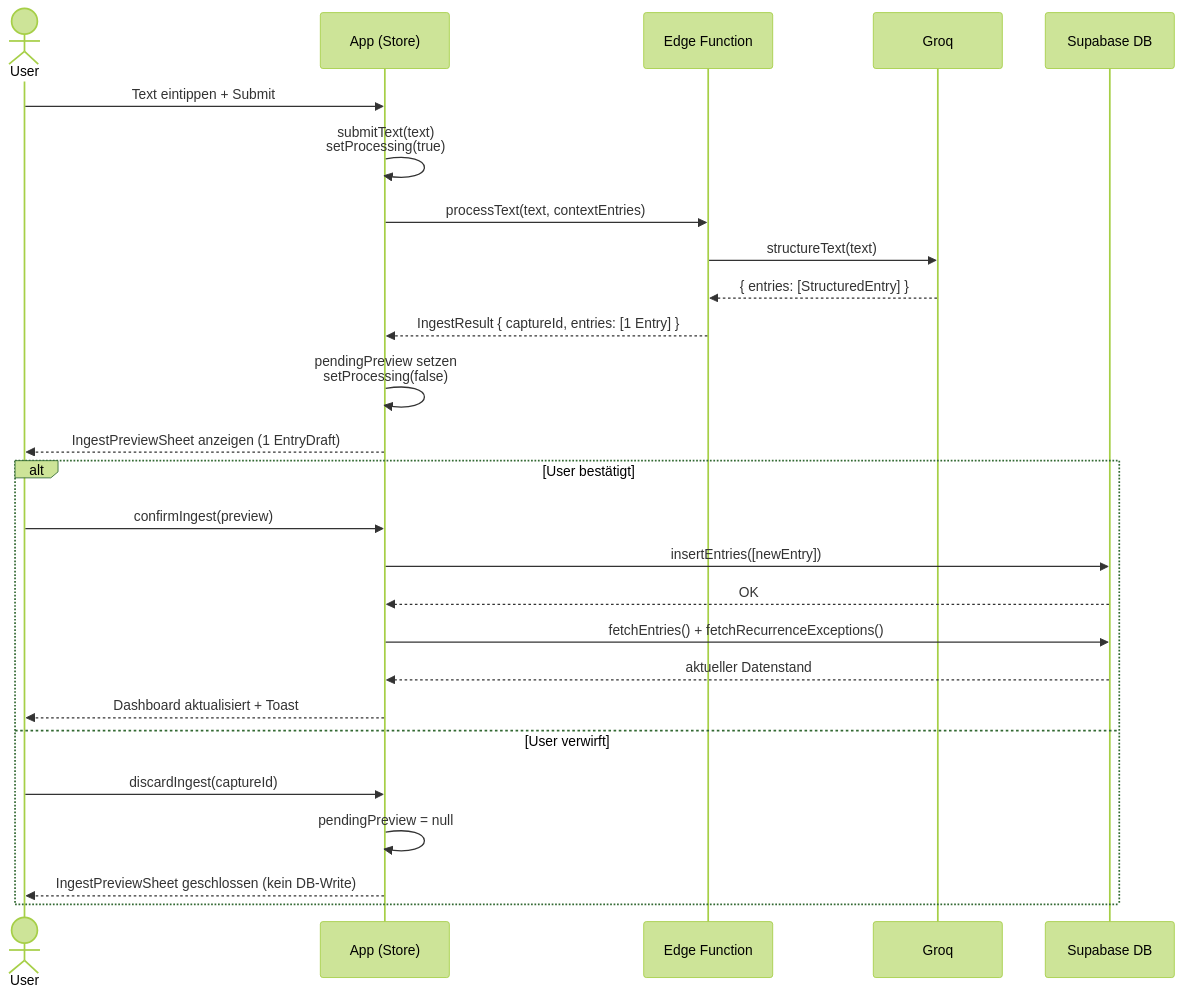
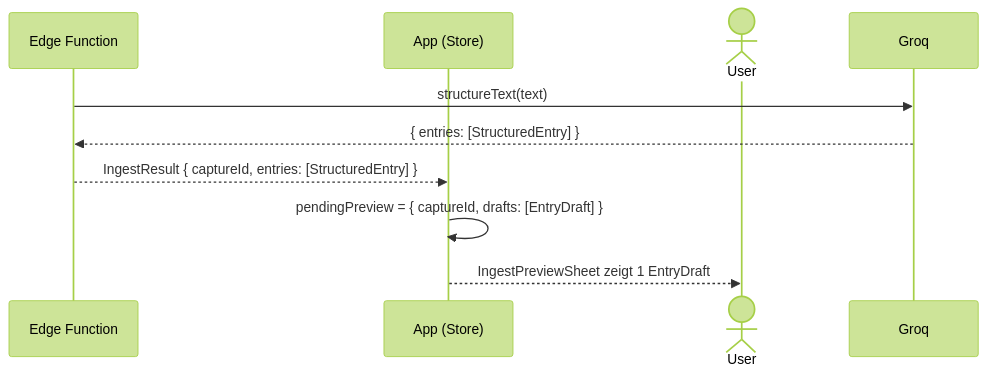
The diagram in docs/DIAGRAMS/dump-flow-a.md (mrLevvis/braindump-pwa), drawn with Mermaid (forest theme) before and after one commit. The commit also changed other lines of this file and 1 other file, not shown here.

First line of the commit message:
docs(diagrams): A+B auf Overview-Scope eingegrenzt

````diff
--- a/docs/DIAGRAMS/dump-flow-a.md
+++ b/docs/DIAGRAMS/dump-flow-a.md
@@ -13,30 +13,12 @@
 ```mermaid
 sequenceDiagram
+    participant EdgeFn as Edge Function
+    participant App as App (Store)
     actor User
-    participant App as App (Store)
-    participant EdgeFn as Edge Function
-    participant Groq
-    participant DB as Supabase DB
 
-    User->>App: Text eintippen + Submit
-    App->>App: submitText(text)<br/>setProcessing(true)
-    App->>EdgeFn: processText(text, contextEntries)
     EdgeFn->>Groq: structureText(text)
     Groq-->>EdgeFn: { entries: [StructuredEntry] }
-    EdgeFn-->>App: IngestResult { captureId, entries: [1 Entry] }
-    App->>App: pendingPreview setzen<br/>setProcessing(false)
-    App-->>User: IngestPreviewSheet anzeigen (1 EntryDraft)
-
-    alt User bestätigt
-        User->>App: confirmIngest(preview)
-        App->>DB: insertEntries([newEntry])
-        DB-->>App: OK
-        App->>DB: fetchEntries() + fetchRecurrenceExceptions()
-        DB-->>App: aktueller Datenstand
-        App-->>User: Dashboard aktualisiert + Toast
-    else User verwirft
-        User->>App: discardIngest(captureId)
-        App->>App: pendingPreview = null
-        App-->>User: IngestPreviewSheet geschlossen (kein DB-Write)
-    end
+    EdgeFn-->>App: IngestResult { captureId, entries: [StructuredEntry] }
+    App->>App: pendingPreview = { captureId, drafts: [EntryDraft] }
+    App-->>User: IngestPreviewSheet zeigt 1 EntryDraft
 ```
````
